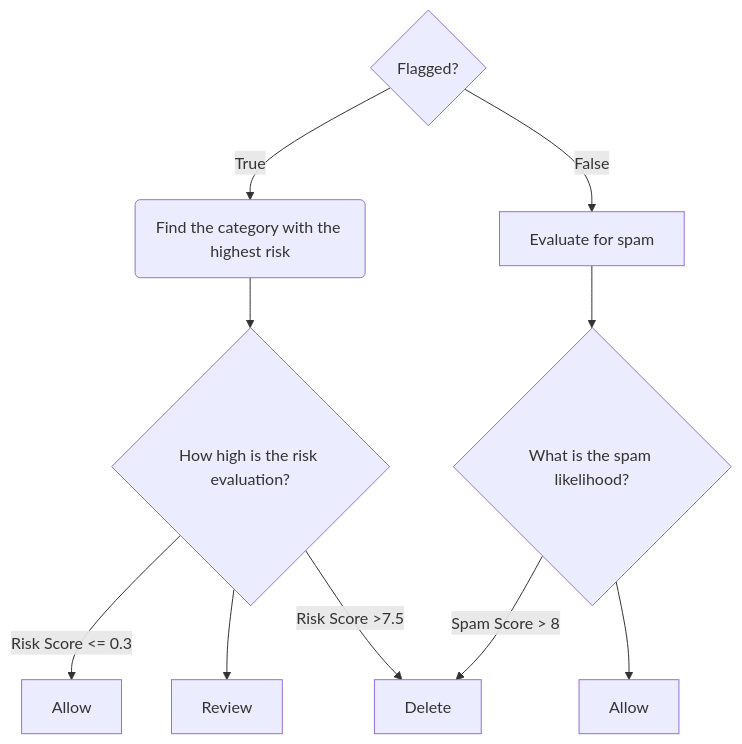
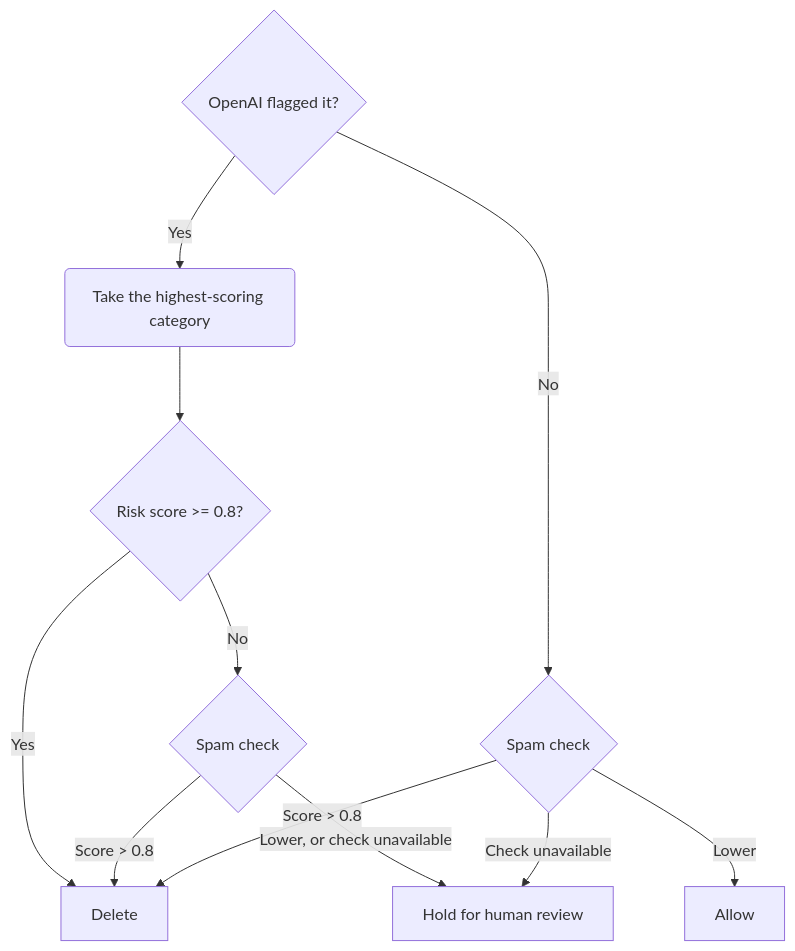
The first of 2 diagrams in README.md (Katalizatori/AI-moderation-system), drawn with Mermaid before and after one commit. The commit also changed other lines of this file, not shown here.

Commit message:
Update moderation flowchart to match current logic

````diff
--- a/README.md
+++ b/README.md
@@ -89,12 +89,14 @@
 ```mermaid
 flowchart TD
-    A{Flagged?} -->|True| B(Find the category with the highest risk)
-    B --> C{How high is the risk evaluation?}
-    C -->|Risk Score <= 0.3| D[Allow]
-    C --> E[Review]
-    C -->|Risk Score >7.5| F[Delete]
-    A --> |False| H[Evaluate for spam]
-    H --> I{What is the spam likelihood?}
-    I --> |Spam Score > 8| F[Delete]
-    I --> G[Allow]
+    A{OpenAI flagged it?} -->|Yes| B(Take the highest-scoring category)
+    B --> C{Risk score >= 0.8?}
+    C -->|Yes| DEL[Delete]
+    C -->|No| S1{Spam check}
+    S1 -->|Score > 0.8| DEL
+    S1 -->|Lower, or check unavailable| PEND[Hold for human review]
+
+    A -->|No| S2{Spam check}
+    S2 -->|Check unavailable| PEND
+    S2 -->|Score > 0.8| DEL
+    S2 -->|Lower| ALLOW[Allow]
 ```
````
